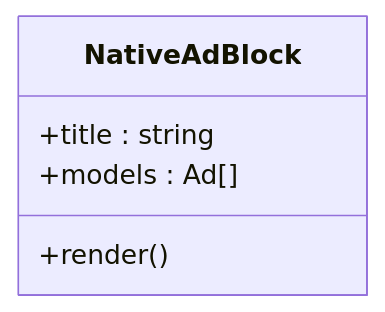
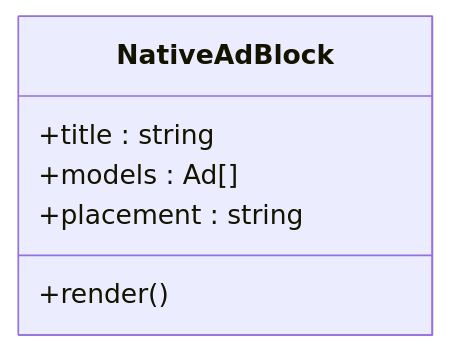
The tenth of 19 diagrams in .qoder/repowiki/en/content/UI Component System/UI Component System.md (eromedrive2tb-gif/Avitrine), drawn with Mermaid before and after one commit. The commit also changed other lines of this file and 18 other files, not shown here.

````diff
--- a/.qoder/repowiki/en/content/UI Component System/UI Component System.md
+++ b/.qoder/repowiki/en/content/UI Component System/UI Component System.md
@@ -412,8 +433,9 @@
 ```mermaid
 classDiagram
 class NativeAdBlock {
 +title : string
 +models : Ad[]
++placement : string
 +render()
 }
 ```
````
